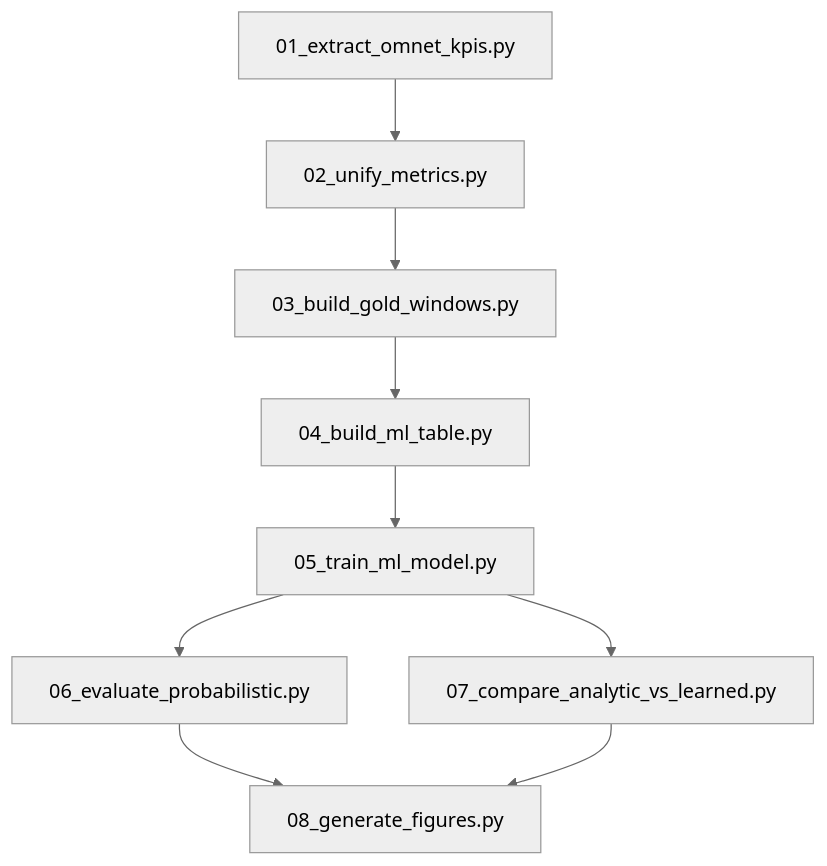
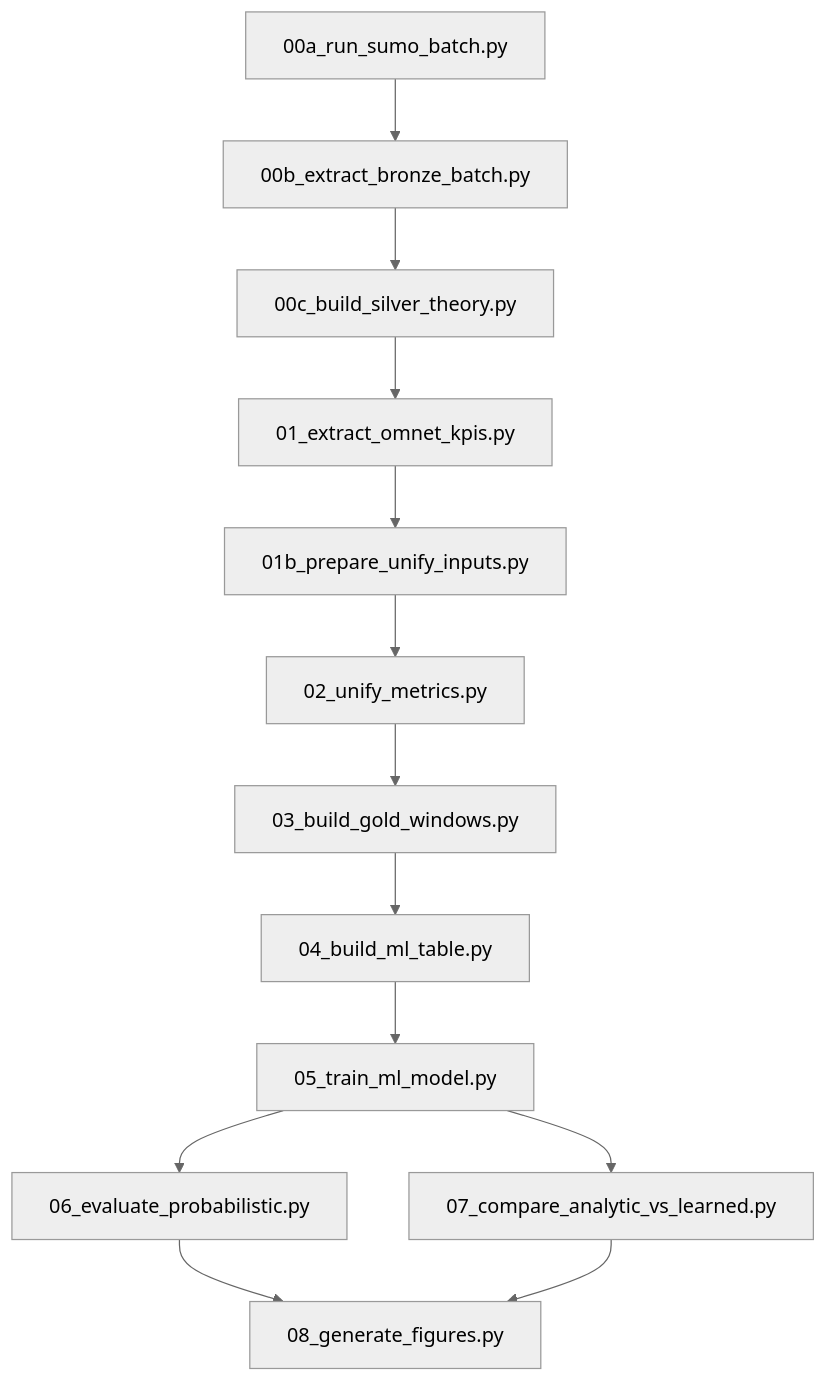
Before and after one commit to josearpa123/InTAS_Gradient_Boosting: the second of 3 diagrams in README.md, drawn with Mermaid (neutral theme). The commit also changed other lines of this file and 8 other files, not shown here.

````diff
--- a/README.md
+++ b/README.md
@@ -93,11 +94,15 @@
 ```mermaid
 flowchart TD
-    M1[01_extract_omnet_kpis.py] --> M2[02_unify_metrics.py]
+    S0A[00a_run_sumo_batch.py] --> S0B[00b_extract_bronze_batch.py]
+    S0B --> S0C[00c_build_silver_theory.py]
+    S0C --> M1[01_extract_omnet_kpis.py]
+    M1 --> M1B[01b_prepare_unify_inputs.py]
+    M1B --> M2[02_unify_metrics.py]
     M2 --> M3[03_build_gold_windows.py]
     M3 --> M4[04_build_ml_table.py]
     M4 --> M5[05_train_ml_model.py]
     M5 --> M6[06_evaluate_probabilistic.py]
     M5 --> M7[07_compare_analytic_vs_learned.py]
     M6 --> M8[08_generate_figures.py]
     M7 --> M8
 ```
````
